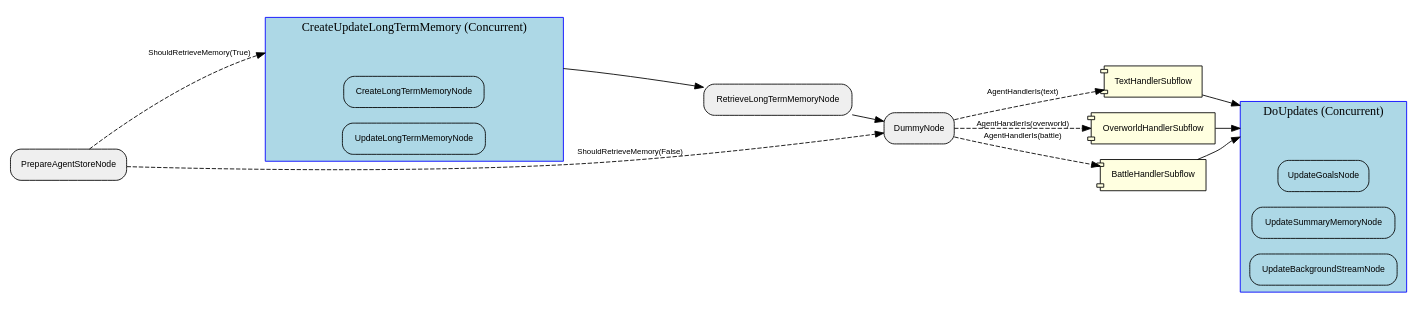
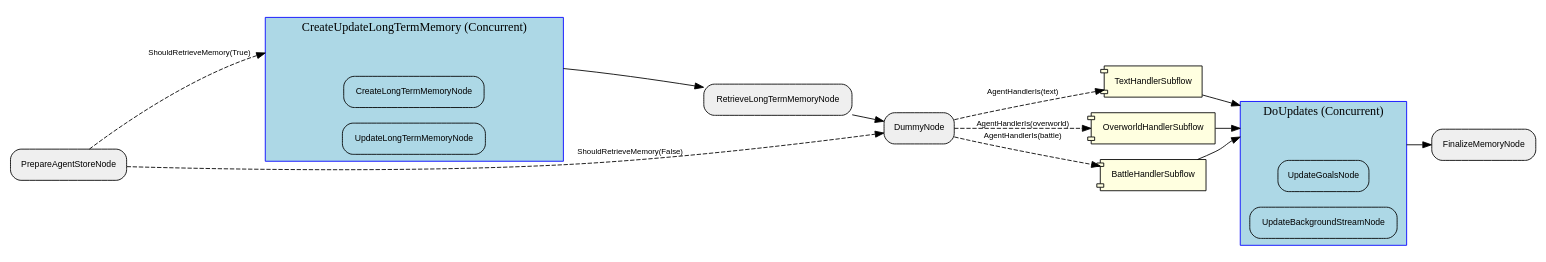
One commit to clambro/ai-plays-pokemon changed the diagram in visualization/agent_graph/Graph.dot. Above: the diagram before and after it, drawn with Graphviz. The commit also changed 77 other files, not shown here.

First line of the commit message:
Replace raw and summary memory with rolling memory (#90)

```diff
--- a/visualization/agent_graph/Graph.dot
+++ b/visualization/agent_graph/Graph.dot
@@ -1,46 +1,46 @@
 digraph "G" {
   rankdir=LR;
   compound=true;
   node [shape=box, style="rounded,filled", fillcolor="#EFEFEF", fontname="Helvetica", fontsize=10];
   edge [fontname="Helvetica", fontsize=9];
   subgraph "cluster_o0O6dLxKLhdviNccnpYR1" {
     label="CreateUpdateLongTermMemory (Concurrent)";
     style="filled"; fillcolor="lightblue"; color="blue";
     node [fillcolor="lightblue", style="filled,rounded"];
     "o0O6dLxKLhdviNccnpYR1__entry" [label="", shape=point, width=0.01, style=invis];
     "o0O6dLxKLhdviNccnpYR1__exit"  [label="", shape=point, width=0.01, style=invis];
     g44YdhDLLbvrLy1YJ5SG7 [label="CreateLongTermMemoryNode"];
     QmkJGpdVAtGnBNCpujMZF [label="UpdateLongTermMemoryNode"];
   }
   subgraph "cluster_RtTGRwTSA4xy6Vozt075l" {
     label="DoUpdates (Concurrent)";
     style="filled"; fillcolor="lightblue"; color="blue";
     node [fillcolor="lightblue", style="filled,rounded"];
     "RtTGRwTSA4xy6Vozt075l__entry" [label="", shape=point, width=0.01, style=invis];
     "RtTGRwTSA4xy6Vozt075l__exit"  [label="", shape=point, width=0.01, style=invis];
     jFSoMuMTOFy83u5f7QtdA [label="UpdateGoalsNode"];
-    "4rofRRNcDEeimvPR1b8Wl" [label="UpdateSummaryMemoryNode"];
     Xkjw6xyXXtMlWihLEuQNs [label="UpdateBackgroundStreamNode"];
   }
   IM2bYZ8Egf0jU6WaHJeVQ [label="TextHandlerSubflow", shape=component, style="filled,rounded", fillcolor="lightyellow"];
   QIkEPkcV0JILIFlaS7gHv [label="OverworldHandlerSubflow", shape=component, style="filled,rounded", fillcolor="lightyellow"];
   QmkJGpdVAtGnBNCpujMZF [label="UpdateLongTermMemoryNode"];
-  "4rofRRNcDEeimvPR1b8Wl" [label="UpdateSummaryMemoryNode"];
   jFSoMuMTOFy83u5f7QtdA [label="UpdateGoalsNode"];
   "8FrRI8S0ibkT8Vb9m2MzO" [label="BattleHandlerSubflow", shape=component, style="filled,rounded", fillcolor="lightyellow"];
   R23Y0lV9pKaQNMzlq9lca [label="RetrieveLongTermMemoryNode"];
   WkMzn53ZyL0YzPFXYCCEc [label="DummyNode"];
   g44YdhDLLbvrLy1YJ5SG7 [label="CreateLongTermMemoryNode"];
   "8BjzGaYDQzV6g798mESdp" [label="PrepareAgentStoreNode"];
   Xkjw6xyXXtMlWihLEuQNs [label="UpdateBackgroundStreamNode"];
+  finalizeMemory [label="FinalizeMemoryNode"];
   "8BjzGaYDQzV6g798mESdp" -> o0O6dLxKLhdviNccnpYR1__entry [lhead="cluster_o0O6dLxKLhdviNccnpYR1", style="dashed", label="ShouldRetrieveMemory(True)"];
   o0O6dLxKLhdviNccnpYR1__exit -> R23Y0lV9pKaQNMzlq9lca [ltail="cluster_o0O6dLxKLhdviNccnpYR1", style="solid"];
   "8BjzGaYDQzV6g798mESdp" -> WkMzn53ZyL0YzPFXYCCEc [style="dashed", label="ShouldRetrieveMemory(False)"];
   R23Y0lV9pKaQNMzlq9lca -> WkMzn53ZyL0YzPFXYCCEc [style="solid"];
   WkMzn53ZyL0YzPFXYCCEc -> QIkEPkcV0JILIFlaS7gHv [style="dashed", label="AgentHandlerIs(overworld)"];
   WkMzn53ZyL0YzPFXYCCEc -> "8FrRI8S0ibkT8Vb9m2MzO" [style="dashed", label="AgentHandlerIs(battle)"];
   WkMzn53ZyL0YzPFXYCCEc -> IM2bYZ8Egf0jU6WaHJeVQ [style="dashed", label="AgentHandlerIs(text)"];
   IM2bYZ8Egf0jU6WaHJeVQ -> RtTGRwTSA4xy6Vozt075l__entry [lhead="cluster_RtTGRwTSA4xy6Vozt075l", style="solid"];
   "8FrRI8S0ibkT8Vb9m2MzO" -> RtTGRwTSA4xy6Vozt075l__entry [lhead="cluster_RtTGRwTSA4xy6Vozt075l", style="solid"];
   QIkEPkcV0JILIFlaS7gHv -> RtTGRwTSA4xy6Vozt075l__entry [lhead="cluster_RtTGRwTSA4xy6Vozt075l", style="solid"];
+  RtTGRwTSA4xy6Vozt075l__exit -> finalizeMemory [ltail="cluster_RtTGRwTSA4xy6Vozt075l", style="solid"];
 }
```
